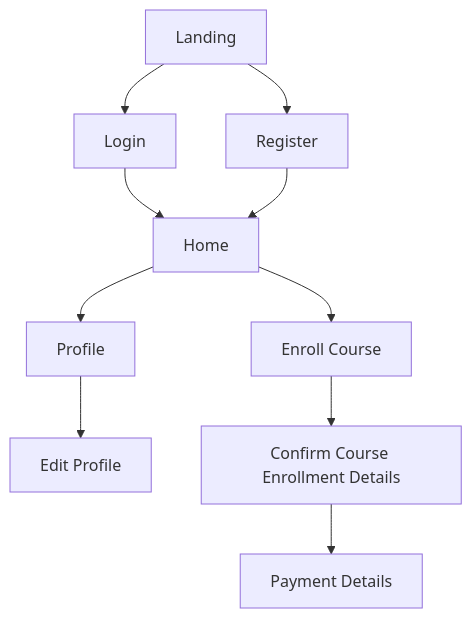
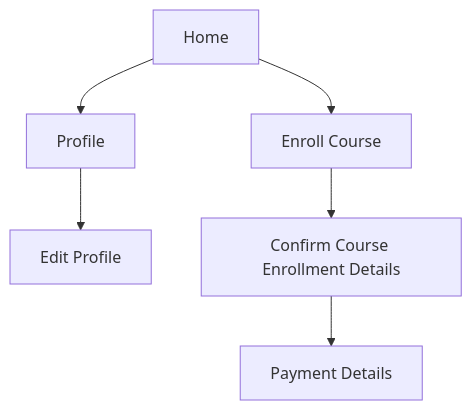
One commit to SaluteKevin/AQkid changed the fourth of 4 diagrams in Design/views/page-flow.md. Above: the diagram before and after it, drawn with Mermaid. The commit also changed other lines of this file, not shown here.

Commit message:
Simplify page flow

````diff
--- a/Design/views/page-flow.md
+++ b/Design/views/page-flow.md
@@ -53,18 +65,10 @@
 ```mermaid
 flowchart TD
 
-    start[Landing]
-    studentLogin[Login]
-    studentRegister[Register]
     studentHome[Home]
 
-    start --> studentLogin --> studentHome
-    start --> studentRegister --> studentHome
-
-    studentHome[Home]
-    
     studentHome --> studentProfileShow[Profile]
     studentProfileShow --> studentProfileEdit[Edit Profile]
 
     studentHome --> courseEnroll[Enroll Course] --> courseEnrollDetails[Confirm Course Enrollment Details] --> paymentDetails[Payment Details]
 ```
````
